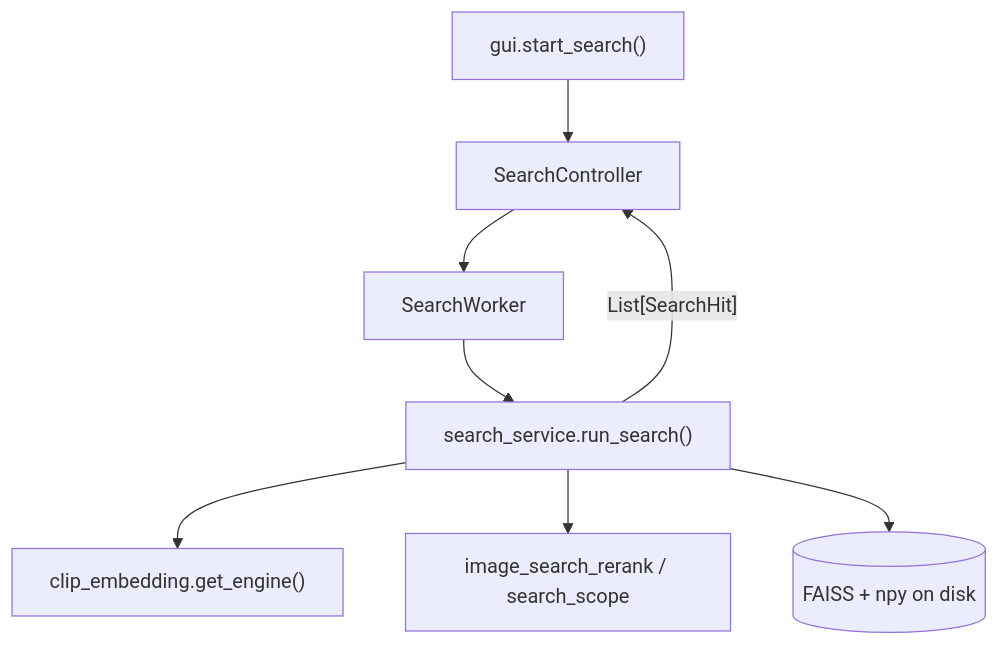
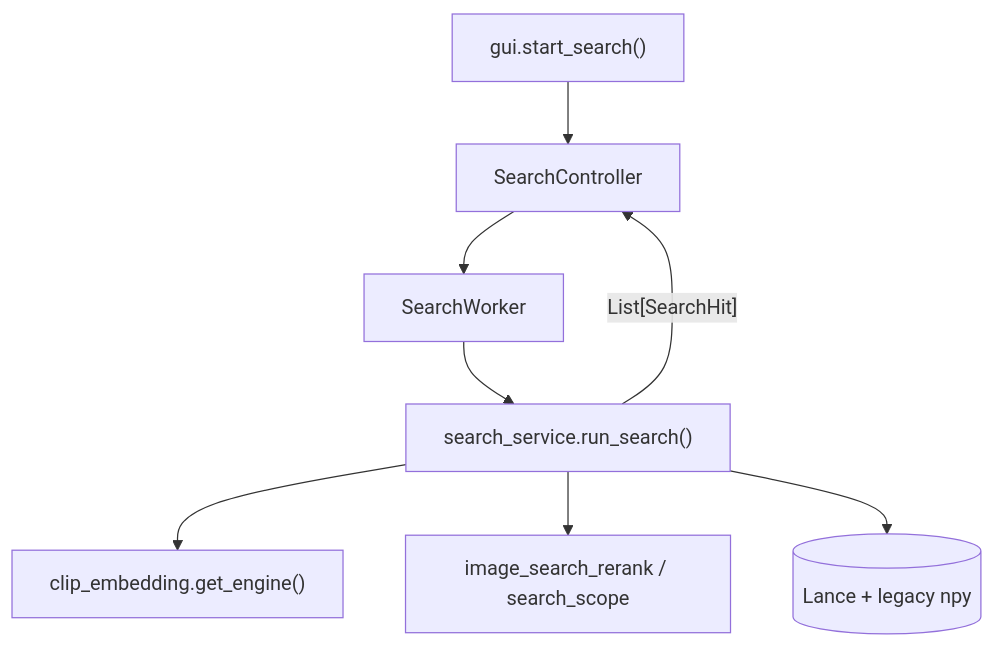
The first of 6 diagrams in docs/architecture.md (6v17/VideoSeek), drawn with Mermaid before and after one commit. The commit also changed other lines of this file and 43 other files, not shown here.

````diff
--- a/docs/architecture.md
+++ b/docs/architecture.md
@@ -48,16 +48,16 @@
 ```mermaid
 flowchart TB
   GUI["gui.start_search()"]
   SC["SearchController"]
   SW["SearchWorker"]
   SS["search_service.run_search()"]
   CE["clip_embedding.get_engine()"]
   RR["image_search_rerank / search_scope"]
-  DISK[("FAISS + npy on disk")]
+  DISK[("Lance + legacy npy")]
 
   GUI --> SC --> SW --> SS
   SS --> CE
   SS --> RR
   SS --> DISK
   SS --> |"List[SearchHit]"| SC
 ```
````
